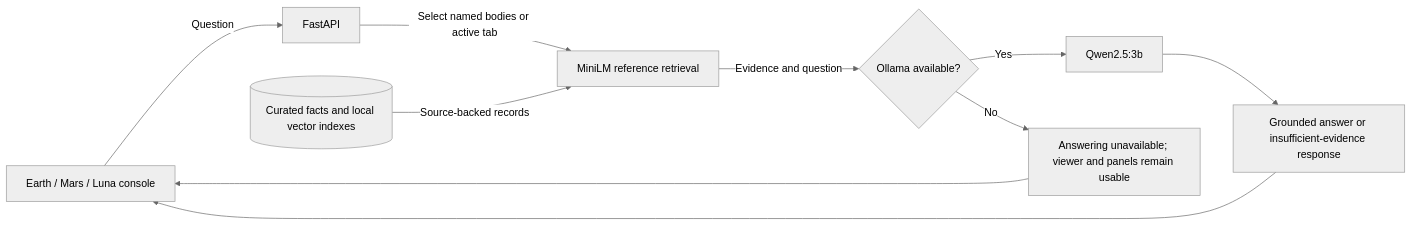
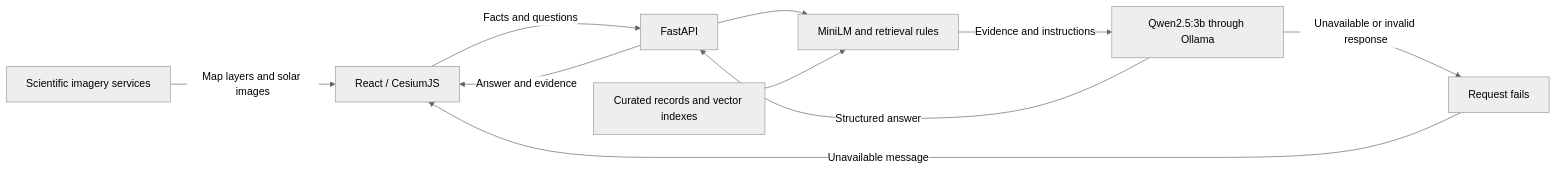
Before and after one commit to Kongstad/planetary-scanner: the diagram in README.md, drawn with Mermaid (neutral theme). The commit also changed other lines of this file and 4 other files, not shown here.

````diff
--- a/README.md
+++ b/README.md
@@ -24,12 +67,12 @@
 ```mermaid
 flowchart LR
-    Console["Earth / Mars / Luna console"] -->|"Question"| API["FastAPI"]
-    API -->|"Select named bodies or active tab"| Retriever["MiniLM reference retrieval"]
-    Facts[("Curated facts and local vector indexes")] -->|"Source-backed records"| Retriever
-    Retriever -->|"Evidence and question"| Availability{"Ollama available?"}
-    Availability -->|"Yes"| Qwen["Qwen2.5:3b"]
-    Availability -->|"No"| Unavailable["Answering unavailable; viewer and panels remain usable"]
-    Qwen --> Result["Grounded answer or insufficient-evidence response"]
-    Result --> Console
-    Unavailable --> Console
+    Browser[React / CesiumJS] -->|Facts and questions| API[FastAPI]
+    Imagery[Scientific imagery services] -->|Map layers and solar images| Browser
+    API --> Retriever[MiniLM and retrieval rules]
+    Facts[Curated records and vector indexes] --> Retriever
+    Retriever -->|Evidence and instructions| Model[Qwen2.5:3b through Ollama]
+    Model -->|Structured answer| API
+    API -->|Answer and evidence| Browser
+    Model -->|Unavailable or invalid response| Failure[Request fails]
+    Failure -->|Unavailable message| Browser
 ```
````
